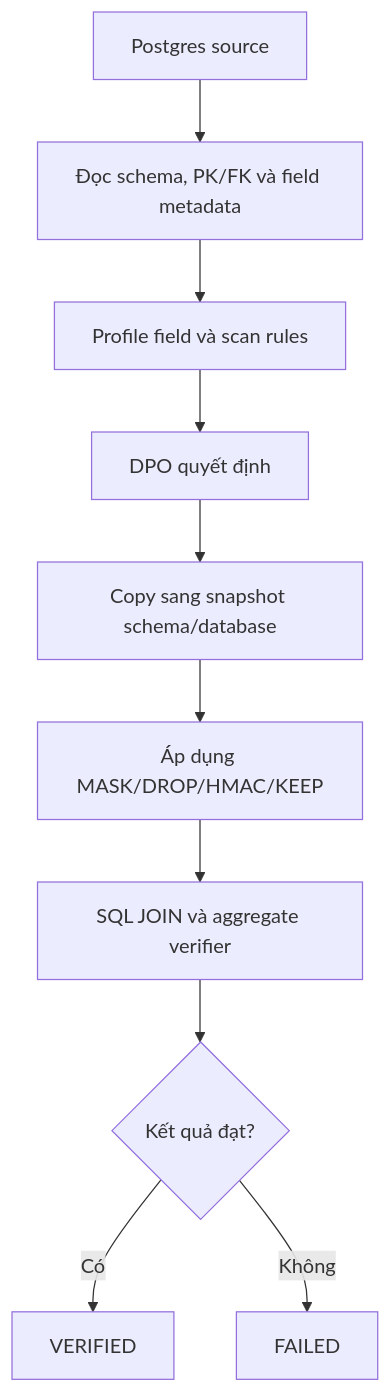
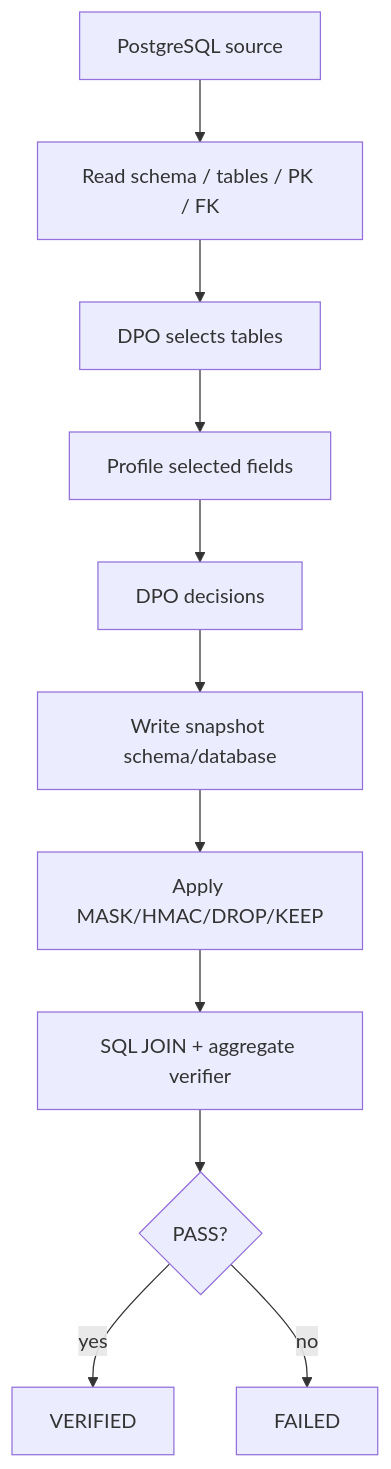
Before and after one commit to tlong1610/PII_Masking: the third of 4 diagrams in docs/SYSTEM_ARCHITECTURE.md, drawn with Mermaid. The commit also changed other lines of this file and 15 other files, not shown here.

Commit message:
feat: add source scope selection and HMAC-locked field handling to PII review experience

````diff
--- a/docs/SYSTEM_ARCHITECTURE.md
+++ b/docs/SYSTEM_ARCHITECTURE.md
@@ -123,12 +120,13 @@
-~~~mermaid
+```mermaid
 flowchart TD
-    A[Postgres source] --> B[Đọc schema, PK/FK và field metadata]
-    B --> C[Profile field và scan rules]
-    C --> D[DPO quyết định]
-    D --> E[Copy sang snapshot schema/database]
-    E --> F[Áp dụng MASK/DROP/HMAC/KEEP]
-    F --> G[SQL JOIN và aggregate verifier]
-    G --> H{Kết quả đạt?}
-    H -->|Có| I[VERIFIED]
-    H -->|Không| J[FAILED]
-~~~
+    A[PostgreSQL source] --> B[Read schema / tables / PK / FK]
+    B --> C[DPO selects tables]
+    C --> D[Profile selected fields]
+    D --> E[DPO decisions]
+    E --> F[Write snapshot schema/database]
+    F --> G[Apply MASK/HMAC/DROP/KEEP]
+    G --> H[SQL JOIN + aggregate verifier]
+    H --> I{PASS?}
+    I -->|yes| J[VERIFIED]
+    I -->|no| K[FAILED]
+```
````
